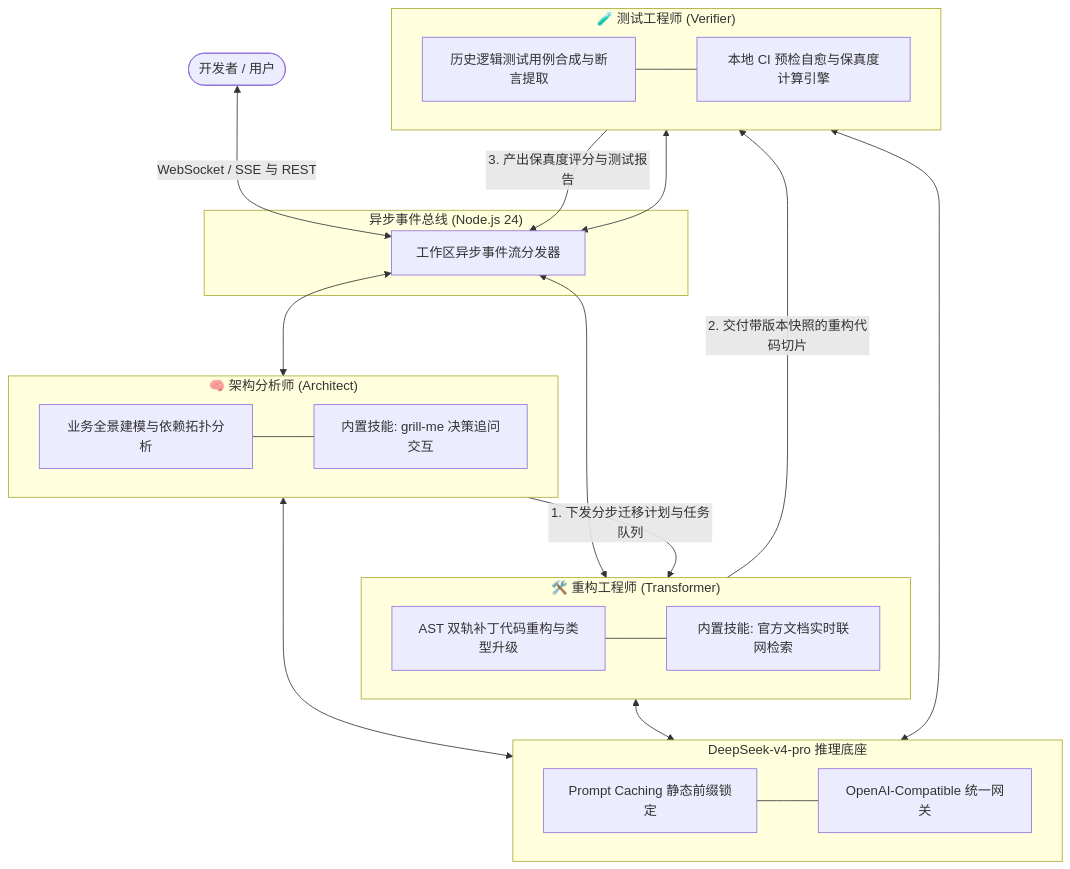
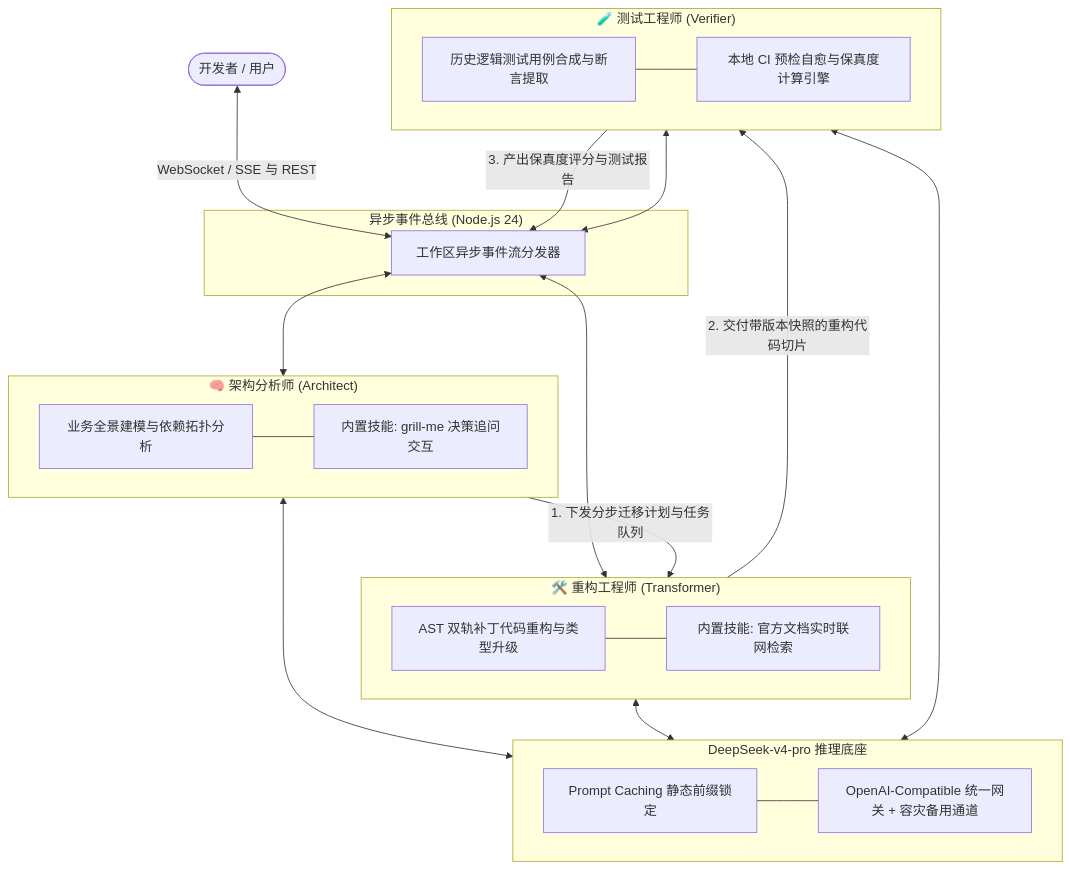
The first of 4 diagrams in docs/zh/agent-orchestration.md (SakuraCianna/LegacyCodeModernizer), drawn with Mermaid before and after one commit. The commit also changed other lines of this file and 1 other file, not shown here.

````diff
--- a/docs/zh/agent-orchestration.md
+++ b/docs/zh/agent-orchestration.md
@@ -13,45 +13,45 @@
 ```mermaid
 flowchart TD
     User(["开发者 / 用户"])
 
     subgraph BusLayer ["异步事件总线 (Node.js 24)"]
         EventBus["工作区异步事件流分发器"]
     end
 
     subgraph ArchAgent ["🧠 架构分析师 (Architect)"]
         A_Prompt["业务全景建模与依赖拓扑分析"]
         A_Skill["内置技能: grill-me 决策追问交互"]
         A_Prompt --- A_Skill
     end
 
     subgraph TransAgent ["🛠️ 重构工程师 (Transformer)"]
         T_Prompt["AST 双轨补丁代码重构与类型升级"]
         T_Skill["内置技能: 官方文档实时联网检索"]
         T_Prompt --- T_Skill
     end
 
     subgraph TestAgent ["🧪 测试工程师 (Verifier)"]
         Q_Prompt["历史逻辑测试用例合成与断言提取"]
         Q_Harness["本地 CI 预检自愈与保真度计算引擎"]
         Q_Prompt --- Q_Harness
     end
 
     subgraph LLM_Engine ["DeepSeek-v4-pro 推理底座"]
         Cache["Prompt Caching 静态前缀锁定"]
-        Gateway["OpenAI-Compatible 统一网关"]
+        Gateway["OpenAI-Compatible 统一网关 + 容灾备用通道"]
         Cache --- Gateway
     end
 
     User <-->|WebSocket / SSE 与 REST| EventBus
     EventBus <--> ArchAgent
     EventBus <--> TransAgent
     EventBus <--> TestAgent
 
     ArchAgent -->|1. 下发分步迁移计划与任务队列| TransAgent
     TransAgent -->|2. 交付带版本快照的重构代码切片| TestAgent
     TestAgent -->|3. 产出保真度评分与测试报告| EventBus
 
     ArchAgent <--> LLM_Engine
     TransAgent <--> LLM_Engine
     TestAgent <--> LLM_Engine
 ```
````
